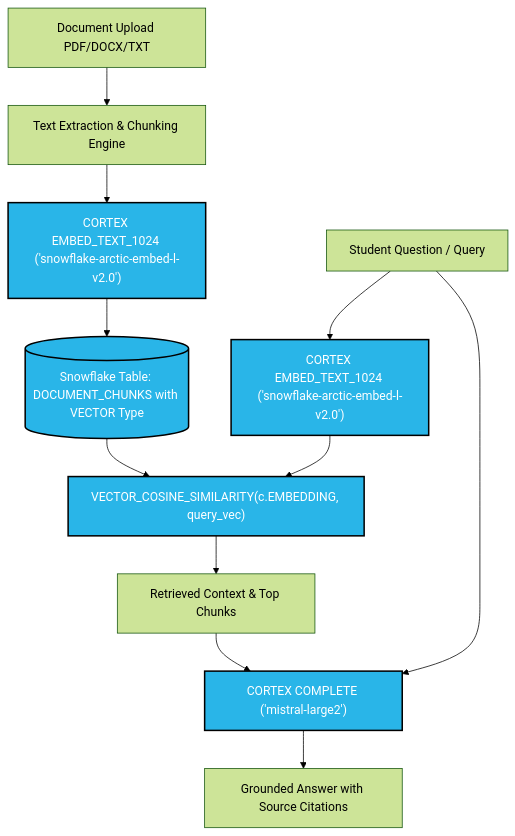
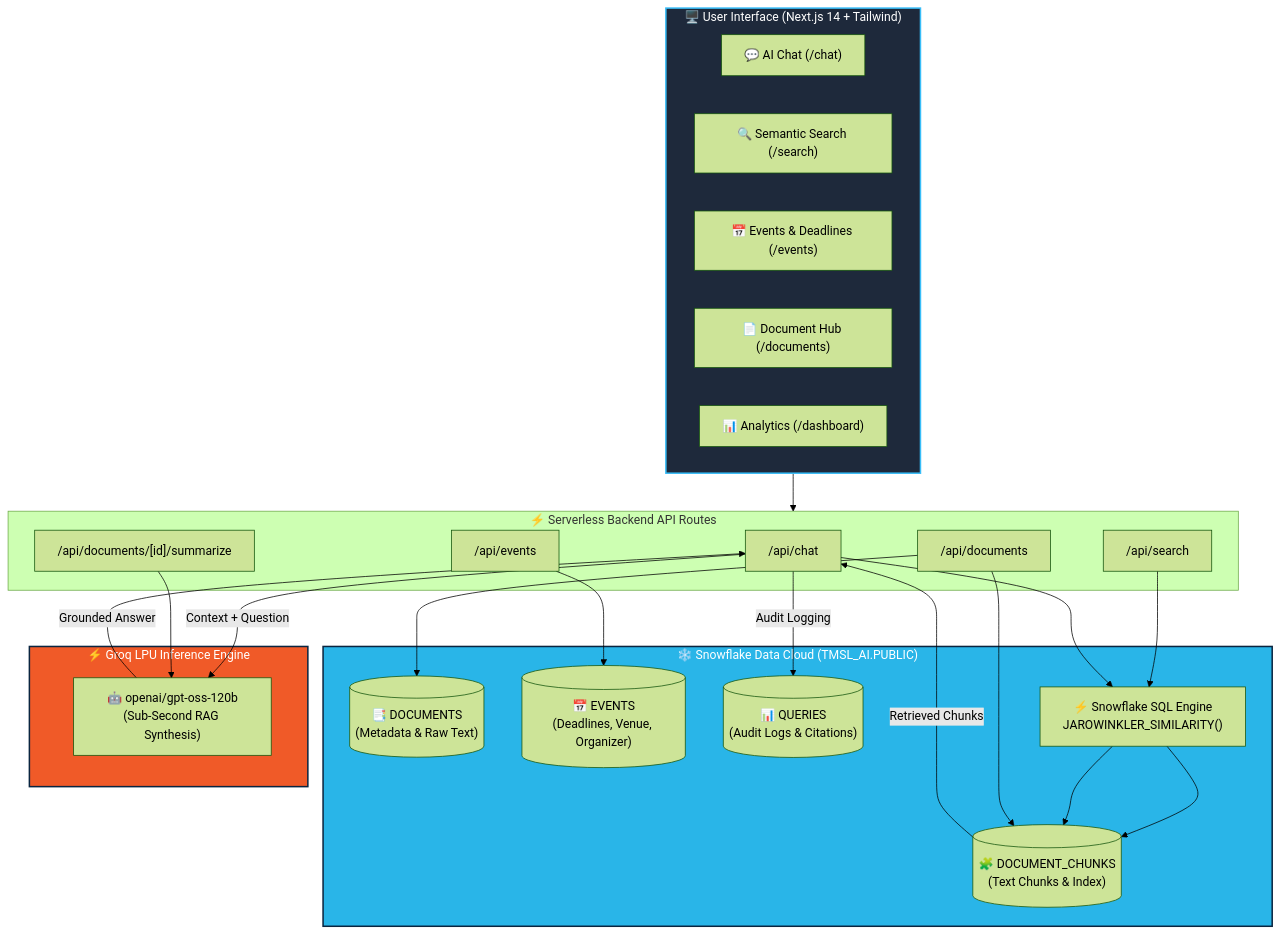
The diagram in README.md (omjeesingh882-bit/AI_HACKATHON), drawn with Mermaid (forest theme) before and after one commit. The commit also changed other lines of this file, not shown here.

Commit message:
docs: create aesthetic, well-structured README with live Vercel deployment link and Snowflake architecture

````diff
--- a/README.md
+++ b/README.md
@@ -42,21 +89,51 @@
 ```mermaid
-graph TD;
-  A[Document Upload PDF/DOCX/TXT] --> B[Text Extraction & Chunking Engine];
-  B --> C["CORTEX EMBED_TEXT_1024 ('snowflake-arctic-embed-l-v2.0')"];
-  C --> D[(Snowflake Table: DOCUMENT_CHUNKS with VECTOR Type)];
-  
-  F[Student Question / Query] --> G["CORTEX EMBED_TEXT_1024 ('snowflake-arctic-embed-l-v2.0')"];
-  G --> H["VECTOR_COSINE_SIMILARITY(c.EMBEDDING, query_vec)"];
-  D --> H;
-  H --> I[Retrieved Context & Top Chunks];
-  
-  I --> J["CORTEX COMPLETE ('mistral-large2')"];
-  F --> J;
-  J --> K[Grounded Answer with Source Citations];
-  
-  style D fill:#29B5E8,stroke:#000,stroke-width:2px,color:#fff
-  style C fill:#29B5E8,stroke:#000,stroke-width:2px,color:#fff
-  style G fill:#29B5E8,stroke:#000,stroke-width:2px,color:#fff
-  style H fill:#29B5E8,stroke:#000,stroke-width:2px,color:#fff
-  style J fill:#29B5E8,stroke:#000,stroke-width:2px,color:#fff
+flowchart TD
+    subgraph Client["🖥️ User Interface (Next.js 14 + Tailwind)"]
+        UI_Chat["💬 AI Chat (/chat)"]
+        UI_Search["🔍 Semantic Search (/search)"]
+        UI_Events["📅 Events & Deadlines (/events)"]
+        UI_Docs["📄 Document Hub (/documents)"]
+        UI_Dash["📊 Analytics (/dashboard)"]
+    end
+
+    subgraph API["⚡ Serverless Backend API Routes"]
+        R_Chat["/api/chat"]
+        R_Search["/api/search"]
+        R_Events["/api/events"]
+        R_Docs["/api/documents"]
+        R_Summ["/api/documents/[id]/summarize"]
+    end
+
+    subgraph Snowflake["❄️ Snowflake Data Cloud (TMSL_AI.PUBLIC)"]
+        T_Docs[("📑 DOCUMENTS\n(Metadata & Raw Text)")]
+        T_Chunks[("🧩 DOCUMENT_CHUNKS\n(Text Chunks & Index)")]
+        T_Events[("📅 EVENTS\n(Deadlines, Venue, Organizer)")]
+        T_Queries[("📊 QUERIES\n(Audit Logs & Citations)")]
+        SQL_Sim["⚡ Snowflake SQL Engine\nJAROWINKLER_SIMILARITY()"]
+    end
+
+    subgraph Groq["⚡ Groq LPU Inference Engine"]
+        LPU["🤖 openai/gpt-oss-120b\n(Sub-Second RAG Synthesis)"]
+    end
+
+    %% Flow connections
+    Client --> API
+    R_Search --> SQL_Sim
+    SQL_Sim --> T_Chunks
+    
+    R_Chat --> SQL_Sim
+    SQL_Sim --> T_Chunks
+    T_Chunks -->|Retrieved Chunks| R_Chat
+    R_Chat -->|Context + Question| LPU
+    LPU -->|Grounded Answer| R_Chat
+    R_Chat -->|Audit Logging| T_Queries
+
+    R_Docs --> T_Docs
+    R_Docs --> T_Chunks
+    R_Events --> T_Events
+    R_Summ --> LPU
+
+    style Snowflake fill:#29B5E8,stroke:#0A2540,stroke-width:2px,color:#fff
+    style Groq fill:#F05A28,stroke:#0A2540,stroke-width:2px,color:#fff
+    style Client fill:#1E293B,stroke:#38BDF8,stroke-width:2px,color:#fff
 ```
````
